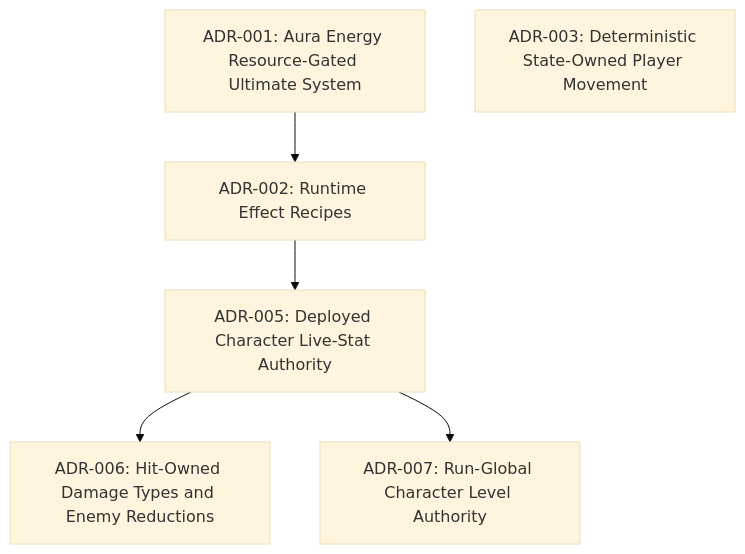
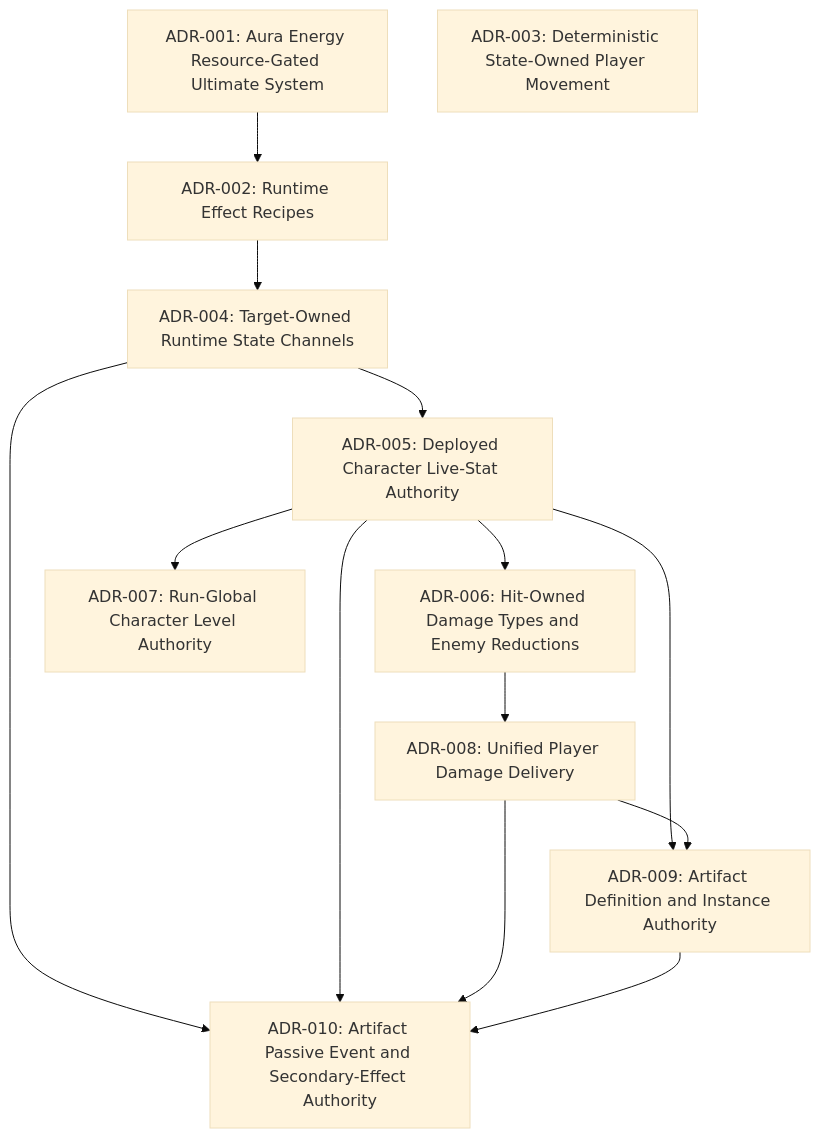
One commit to NattaponKhuenkeaw/Thesis_ changed the diagram in Docs_JJK/3_Outputs/ADRs/README.md. Above: the diagram before and after it, drawn with Mermaid (base theme). The commit also changed other lines of this file and 277 other files, not shown here.

First line of the commit message:
feat(artifact): implement unified damage pipeline, artifact instance architecture, and passive runtime

````diff
--- a/Docs_JJK/3_Outputs/ADRs/README.md
+++ b/Docs_JJK/3_Outputs/ADRs/README.md
@@ -7,13 +7,25 @@
 ```mermaid
 graph TD
     ADR001["ADR-001: Aura Energy Resource-Gated Ultimate System"]
     ADR002["ADR-002: Runtime Effect Recipes"]
     ADR003["ADR-003: Deterministic State-Owned Player Movement"]
+    ADR004["ADR-004: Target-Owned Runtime State Channels"]
     ADR005["ADR-005: Deployed Character Live-Stat Authority"]
     ADR006["ADR-006: Hit-Owned Damage Types and Enemy Reductions"]
     ADR007["ADR-007: Run-Global Character Level Authority"]
+    ADR008["ADR-008: Unified Player Damage Delivery"]
+    ADR009["ADR-009: Artifact Definition and Instance Authority"]
+    ADR010["ADR-010: Artifact Passive Event and Secondary-Effect Authority"]
     ADR001 --> ADR002
-    ADR002 --> ADR005
+    ADR002 --> ADR004
+    ADR004 --> ADR005
     ADR005 --> ADR006
     ADR005 --> ADR007
+    ADR006 --> ADR008
+    ADR005 --> ADR009
+    ADR008 --> ADR009
+    ADR004 --> ADR010
+    ADR005 --> ADR010
+    ADR008 --> ADR010
+    ADR009 --> ADR010
 ```
````
